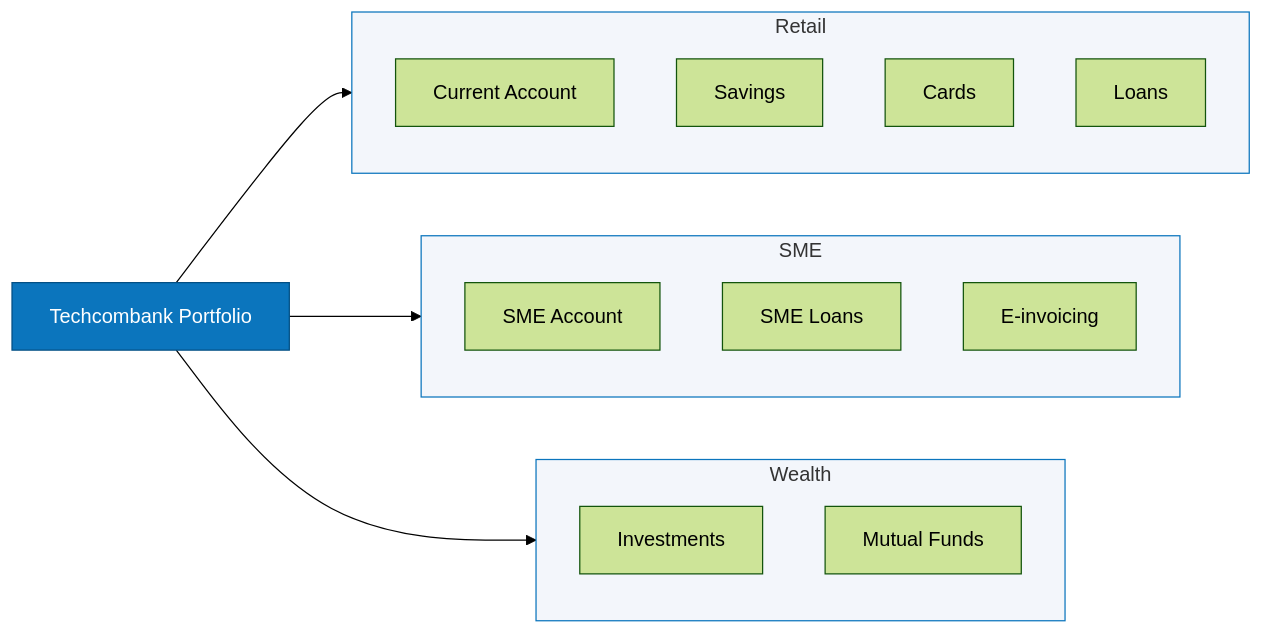
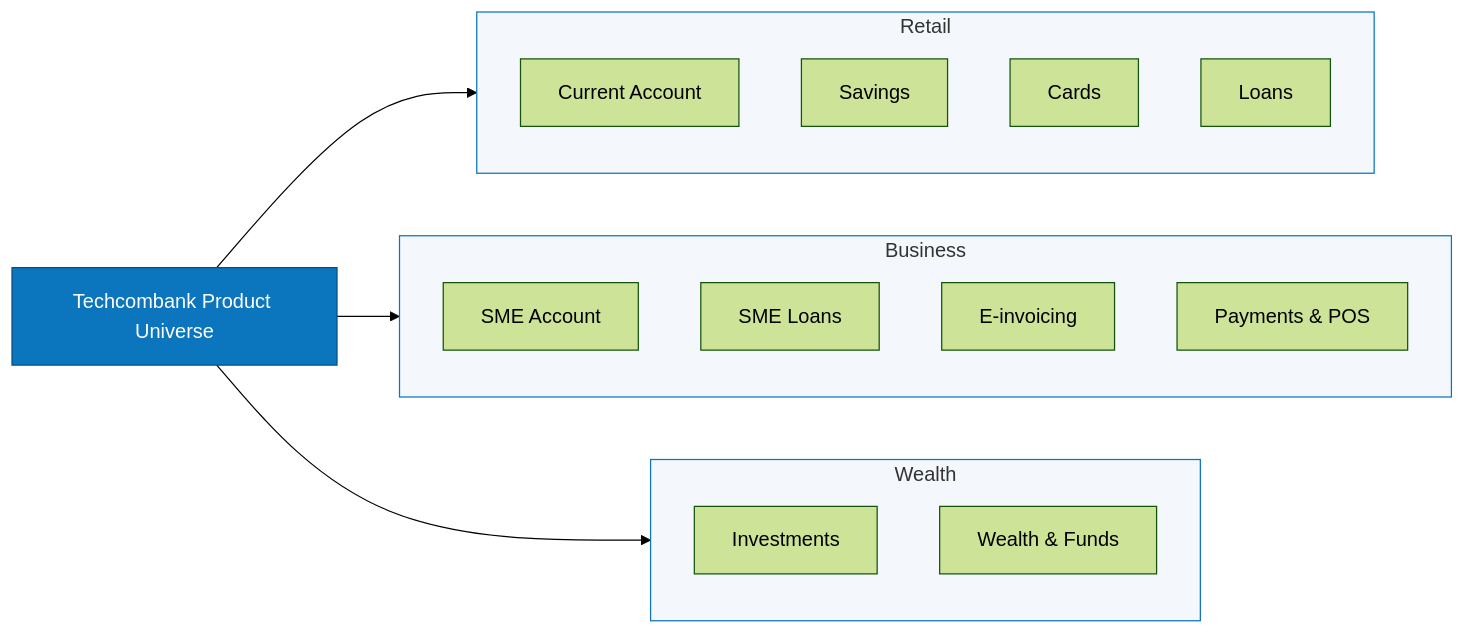
The first of 4 diagrams in README.md (lamtquyen03/techcombank-product-engineering), drawn with Mermaid (forest theme) before and after one commit. The commit also changed other lines of this file and 6 other files, not shown here.

Commit message:
feat: enrich README with Techcombank product visuals and diagrams

````diff
--- a/README.md
+++ b/README.md
@@ -15,28 +20,26 @@
 ```mermaid
 flowchart LR
-	style P fill:#0b75bd,stroke:#034f84,color:#fff
-	P[Techcombank Portfolio]
-	subgraph Retail
-		direction TB
-		CA[Current Account]
-		SV[Savings]
-		CD[Cards]
-		LN[Loans]
-	end
-	subgraph SME
-		direction TB
-		SA[SME Account]
-		SL[SME Loans]
-		EI[E-invoicing]
-	end
-	subgraph Wealth
-		direction TB
-		IV[Investments]
-		MM[Mutual Funds]
-	end
-	P --> Retail
-	P --> SME
-	P --> Wealth
-	classDef bank fill:#f3f6fb,stroke:#0b75bd;
-	class Retail,SME,Wealth bank;
+  style P fill:#0b75bd,stroke:#034f84,color:#fff
+  P[Techcombank Product Universe]
+  subgraph Retail
+    RC[Current Account]
+    RS[Savings]
+    RD[Cards]
+    RL[Loans]
+  end
+  subgraph Business
+    BS[SME Account]
+    BL[SME Loans]
+    BE[E-invoicing]
+    BP[Payments & POS]
+  end
+  subgraph Wealth
+    WI[Investments]
+    WF[Wealth & Funds]
+  end
+  P --> Retail
+  P --> Business
+  P --> Wealth
+  classDef area fill:#f4f8fc,stroke:#0b75bd;
+  class Retail,Business,Wealth area;
 ```
````
